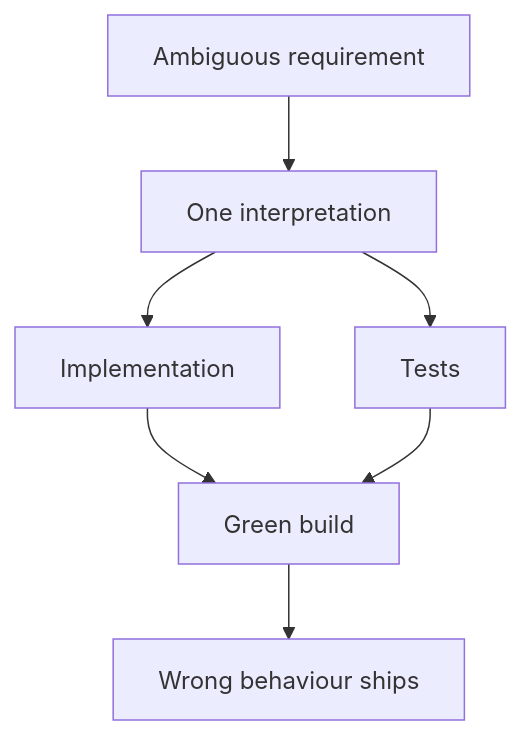
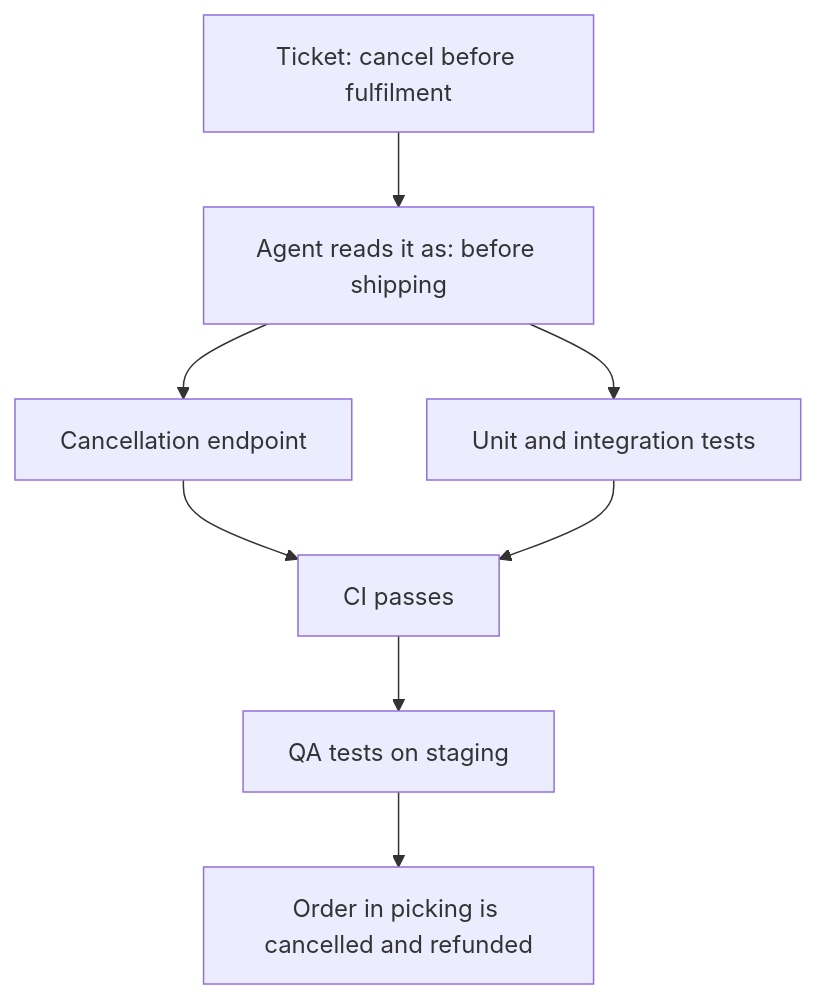
One commit to wynlo/wynlo.github.io changed the diagram in content/articles/why-regression-testing-matters-more-in-ai-driven-development.md. Above: the diagram before and after it, drawn with Mermaid. The commit also changed other lines of this file and 2 other files, not shown here.

````diff
--- a/content/articles/why-regression-testing-matters-more-in-ai-driven-development.md
+++ b/content/articles/why-regression-testing-matters-more-in-ai-driven-development.md
@@ -21,9 +21,10 @@
 ```mermaid
 flowchart TD
-  Requirement[Ambiguous requirement] --> Interpretation[One interpretation]
-  Interpretation --> Code[Implementation]
-  Interpretation --> Tests[Tests]
-  Code --> Green[Green build]
+  Ticket["Ticket: cancel before fulfilment"] --> Reading["Agent reads it as: before shipping"]
+  Reading --> Code[Cancellation endpoint]
+  Reading --> Tests[Unit and integration tests]
+  Code --> Green[CI passes]
   Tests --> Green
-  Green --> Defect[Wrong behaviour ships]
+  Green --> QA[QA tests on staging]
+  QA --> Bug[Order in picking is cancelled and refunded]
 ```
````
